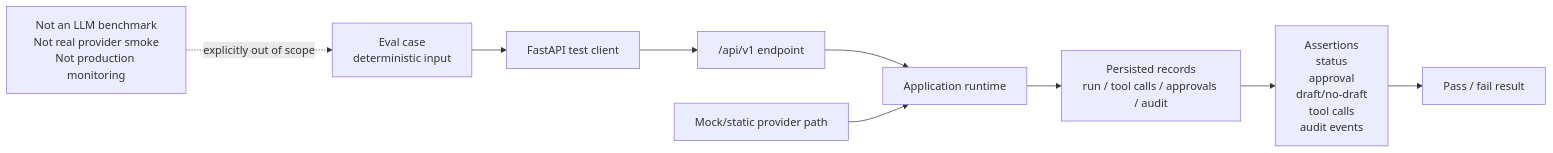
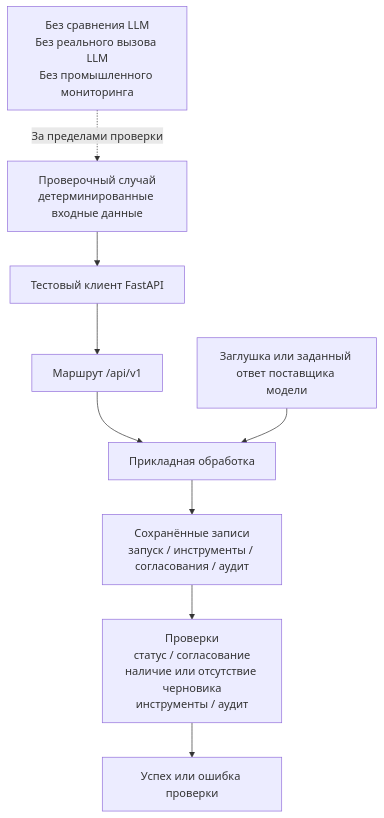
One commit to Vkuvalin/enterprise-ai-tool-gateway changed the diagram in docs/API_AND_EVALS.md. Above: the diagram before and after it, drawn with Mermaid. The commit also changed other lines of this file and 8 other files, not shown here.

````diff
--- a/docs/API_AND_EVALS.md
+++ b/docs/API_AND_EVALS.md
@@ -177,23 +179,23 @@
 ```mermaid
-flowchart LR
-    Case["Eval case<br/>deterministic input"]
-    Client["FastAPI test client"]
-    API["/api/v1 endpoint"]
-    Runtime["Application runtime"]
-    Records["Persisted records<br/>run / tool calls / approvals / audit"]
-    Assertions["Assertions<br/>status<br/>approval<br/>draft/no-draft<br/>tool calls<br/>audit events"]
-    Result["Pass / fail result"]
+flowchart TB
+    Case["Проверочный случай<br/>детерминированные входные данные"]
+    Client["Тестовый клиент FastAPI"]
+    API["Маршрут /api/v1"]
+    Runtime["Прикладная обработка"]
+    Records["Сохранённые записи<br/>запуск / инструменты / согласования / аудит"]
+    Assertions["Проверки<br/>статус / согласование<br/>наличие или отсутствие черновика<br/>инструменты / аудит"]
+    Result["Успех или ошибка проверки"]
 
     Case --> Client
     Client --> API
     API --> Runtime
     Runtime --> Records
     Records --> Assertions
     Assertions --> Result
 
-    Provider["Mock/static provider path"]
+    Provider["Заглушка или заданный ответ поставщика модели"]
     Provider --> Runtime
 
-    NonGoals["Not an LLM benchmark<br/>Not real provider smoke<br/>Not production monitoring"]
-    NonGoals -. "explicitly out of scope" .-> Case
+    NonGoals["Без сравнения LLM<br/>Без реального вызова LLM<br/>Без промышленного мониторинга"]
+    NonGoals -. "За пределами проверки" .-> Case
 ```
````
